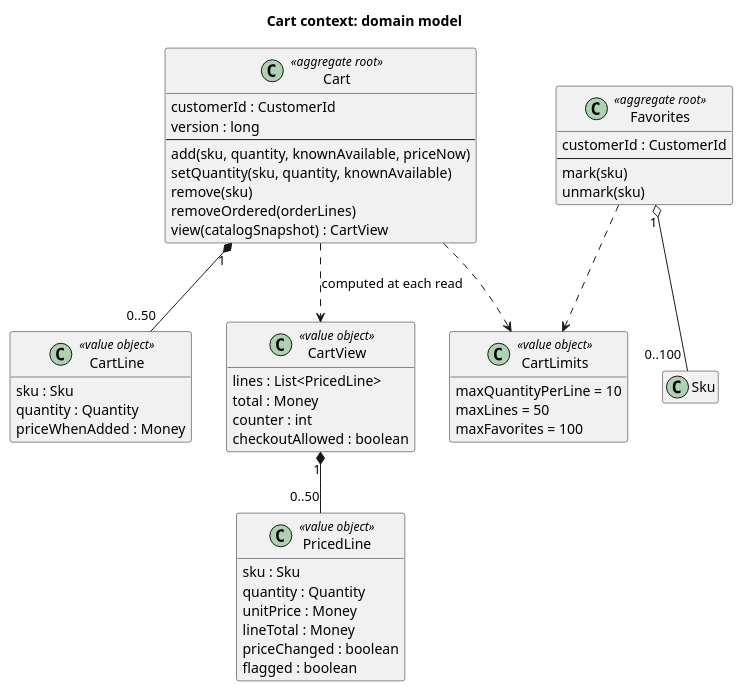
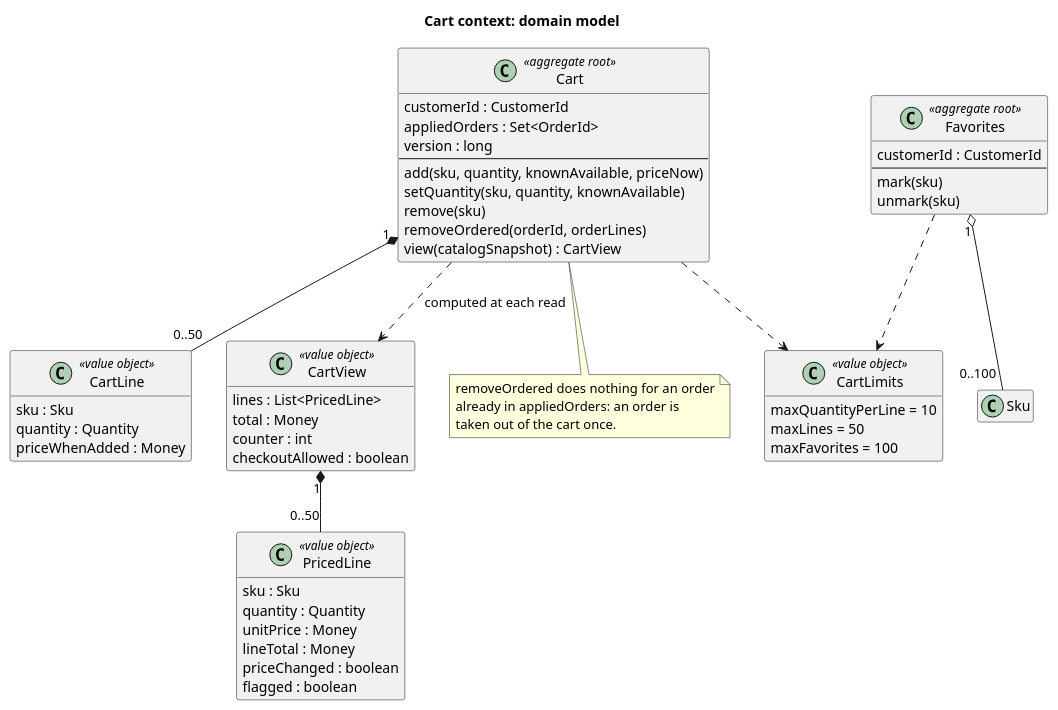
The diagram in doc/2-spec/02-domain-design/diagrams/class-cart.puml (AxeloLabs/alten-commerce-platform), drawn with PlantUML before and after one commit. The commit also changed 40 other files, not shown here.

```diff
--- a/doc/2-spec/02-domain-design/diagrams/class-cart.puml
+++ b/doc/2-spec/02-domain-design/diagrams/class-cart.puml
@@ -1,52 +1,59 @@
 @startuml
 title Cart context: domain model
 hide empty members
 
 class Cart <<aggregate root>> {
   customerId : CustomerId
+  appliedOrders : Set<OrderId>
   version : long
   --
   add(sku, quantity, knownAvailable, priceNow)
   setQuantity(sku, quantity, knownAvailable)
   remove(sku)
-  removeOrdered(orderLines)
+  removeOrdered(orderId, orderLines)
   view(catalogSnapshot) : CartView
 }
 class CartLine <<value object>> {
   sku : Sku
   quantity : Quantity
   priceWhenAdded : Money
 }
 class CartView <<value object>> {
   lines : List<PricedLine>
   total : Money
   counter : int
   checkoutAllowed : boolean
 }
 class PricedLine <<value object>> {
   sku : Sku
   quantity : Quantity
   unitPrice : Money
   lineTotal : Money
   priceChanged : boolean
   flagged : boolean
 }
 class Favorites <<aggregate root>> {
   customerId : CustomerId
   --
   mark(sku)
   unmark(sku)
 }
 class CartLimits <<value object>> {
   maxQuantityPerLine = 10
   maxLines = 50
   maxFavorites = 100
 }
 
 Cart "1" *-- "0..50" CartLine
 Cart ..> CartView : computed at each read
 CartView "1" *-- "0..50" PricedLine
 Favorites "1" o-- "0..100" "Sku"
 Cart ..> CartLimits
 Favorites ..> CartLimits
+
+note bottom of Cart
+  removeOrdered does nothing for an order
+  already in appliedOrders: an order is
+  taken out of the cart once.
+end note
 @enduml
```
